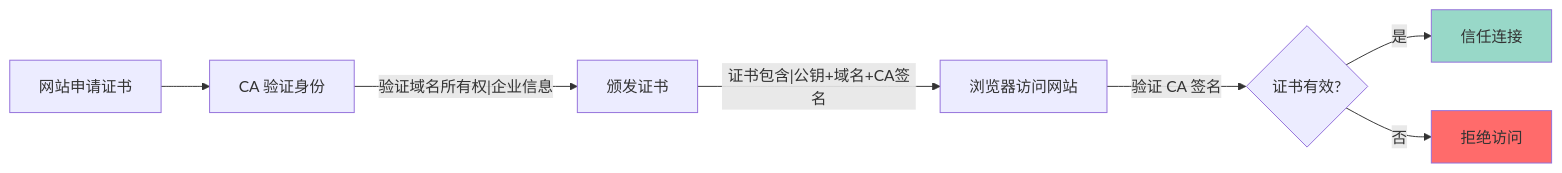
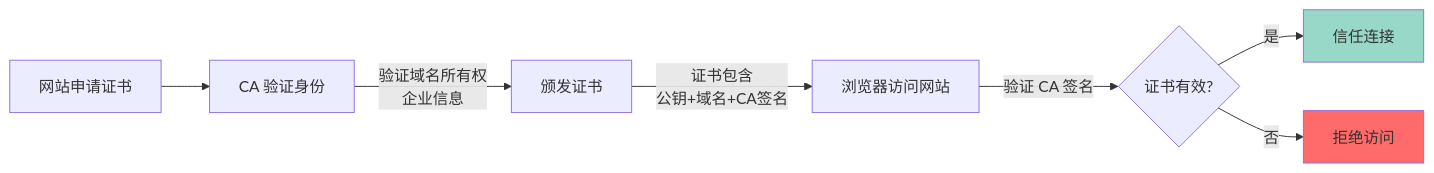
Before and after one commit to before80/prgms: diagram 22 of 31 in content/Js/basic/Chapter-38-web-security.md, drawn with Mermaid. The commit also changed other lines of this file and 1645 other files, not shown here.

````diff
--- a/content/Js/basic/Chapter-38-web-security.md
+++ b/content/Js/basic/Chapter-38-web-security.md
@@ -1890,11 +1890,11 @@
 ```mermaid
 graph LR
     A["网站申请证书"] --> B["CA 验证身份"]
-    B -->|"验证域名所有权|企业信息"| C["颁发证书"]
-    C -->|"证书包含|公钥+域名+CA签名"| D["浏览器访问网站"]
+    B -->|"验证域名所有权<br/>企业信息"| C["颁发证书"]
+    C -->|"证书包含<br/>公钥+域名+CA签名"| D["浏览器访问网站"]
     D -->|"验证 CA 签名"| E{"证书有效?"}
     E -->|"是"| F["信任连接"]
     E -->|"否"| G["拒绝访问"]
     style F fill:#98d8c8
     style G fill:#ff6b6b
 ```
````
